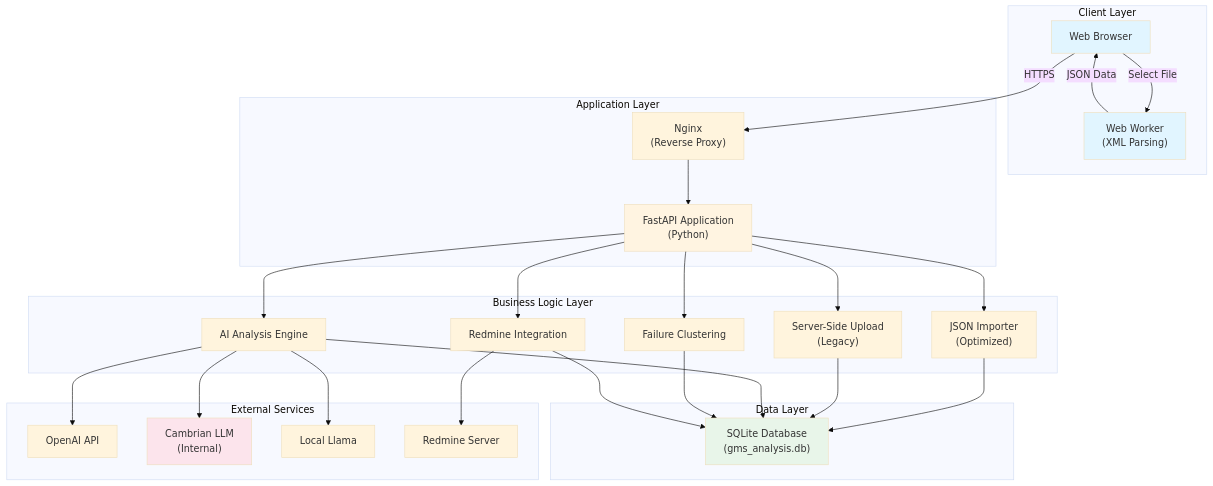
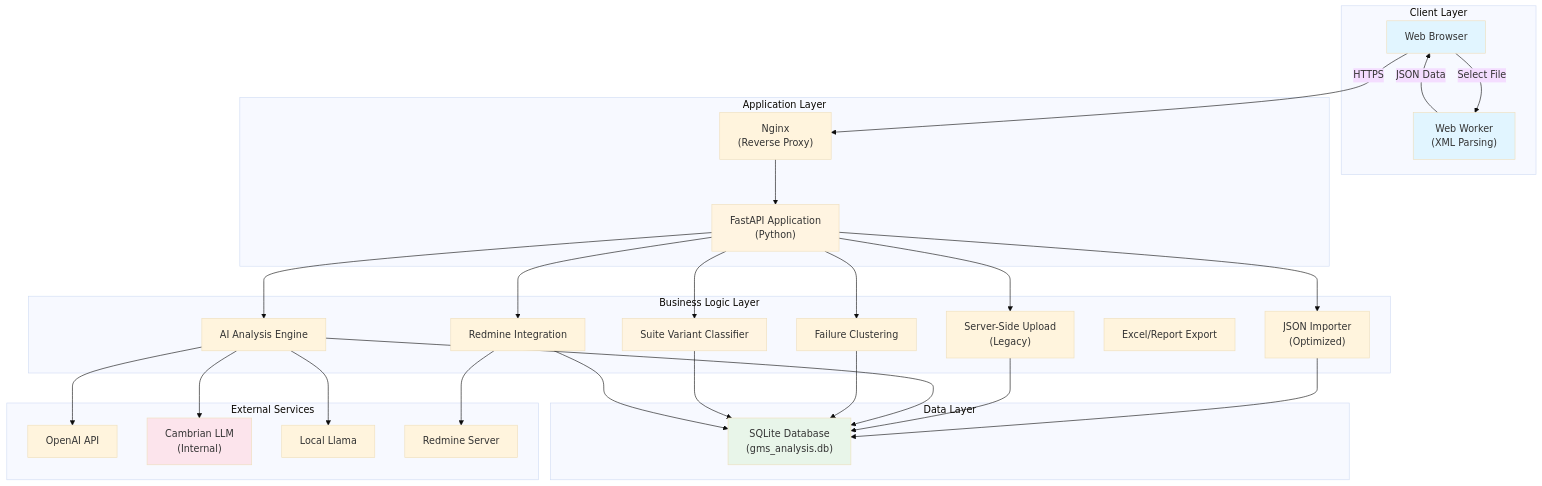
One commit to seen0722/GMS-helper changed the first of 6 diagrams in docs/ARCHITECTURE.md. Above: the diagram before and after it, drawn with Mermaid (base theme). The commit also changed other lines of this file and 24 other files, not shown here.

````diff
--- a/docs/ARCHITECTURE.md
+++ b/docs/ARCHITECTURE.md
@@ -12,60 +14,65 @@
 ```mermaid
 graph TB
     subgraph "Client Layer"
         Browser["Web Browser"]
         Worker["Web Worker<br/>(XML Parsing)"]
     end
     
     subgraph "Application Layer"
         Nginx["Nginx<br/>(Reverse Proxy)"]
         FastAPI["FastAPI Application<br/>(Python)"]
     end
     
     subgraph "Business Logic Layer"
         LegacyUpload["Server-Side Upload<br/>(Legacy)"]
         Import["JSON Importer<br/>(Optimized)"]
         Analysis["AI Analysis Engine"]
         Clustering["Failure Clustering"]
         Redmine["Redmine Integration"]
+        Export["Excel/Report Export"]
+        SuiteClassifier["Suite Variant Classifier"]
     end
     
     subgraph "Data Layer"
         SQLite["SQLite Database<br/>(gms_analysis.db)"]
     end
     
     subgraph "External Services"
         OpenAI["OpenAI API"]
         Cambrian["Cambrian LLM<br/>(Internal)"]
         LocalLLM["Local Llama"]
         RedmineServer["Redmine Server"]
     end
     
     Browser -->|Select File| Worker
     Worker -->|JSON Data| Browser
     Browser -->|HTTPS| Nginx
     Nginx --> FastAPI
     
     FastAPI --> Import
     FastAPI --> LegacyUpload
     FastAPI --> Analysis
     FastAPI --> Clustering
     FastAPI --> Redmine
+    FastAPI --> SuiteClassifier
     
     Import --> SQLite
     LegacyUpload --> SQLite
     
     Analysis --> OpenAI
     Analysis --> Cambrian
     Analysis --> LocalLLM
     Analysis --> SQLite
     Clustering --> SQLite
+    SuiteClassifier --> SQLite
     
     Redmine --> RedmineServer
     Redmine --> SQLite
     
     style Browser fill:#e1f5ff
     style Worker fill:#e1f5ff
     style FastAPI fill:#fff4e1
     style SQLite fill:#e8f5e9
     style Cambrian fill:#fce4ec
+    style SuiteClassifier fill:#fff4e1
 ```
````
